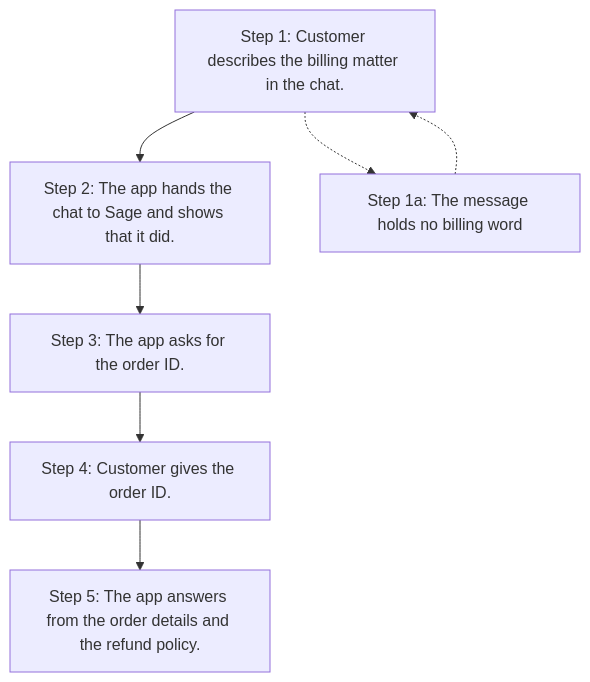
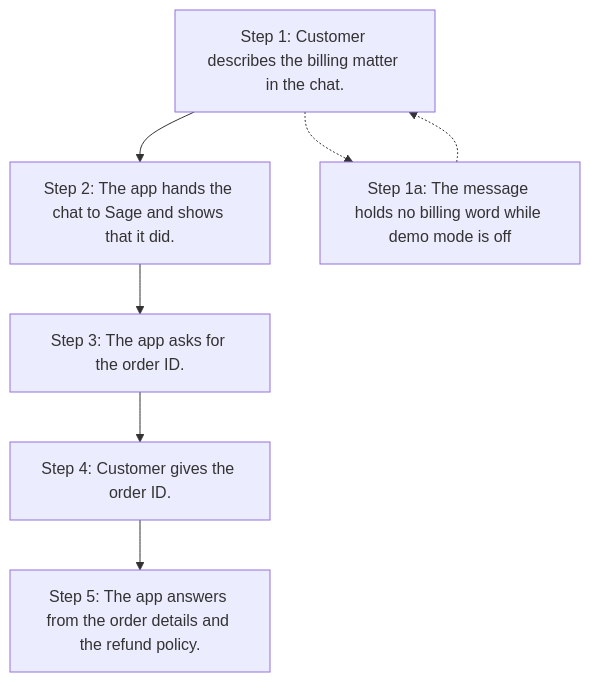
One commit to lhtshyamalshah/northstar-support-portal changed the third of 5 diagrams in zbrain-docs/requirements/user-journey.md. Above: the diagram before and after it, drawn with Mermaid. The commit also changed other lines of this file and 1 other file, not shown here.

````diff
--- a/zbrain-docs/requirements/user-journey.md
+++ b/zbrain-docs/requirements/user-journey.md
@@ -86,9 +86,9 @@
 ```mermaid
 flowchart TD
   s1["Step 1: Customer describes the billing matter in the chat."] --> s2["Step 2: The app hands the chat to Sage and shows that it did."]
   s2 --> s3["Step 3: The app asks for the order ID."]
   s3 --> s4["Step 4: Customer gives the order ID."]
   s4 --> s5["Step 5: The app answers from the order details and the refund policy."]
-  s1 -.-> x1a["Step 1a: The message holds no billing word"]
+  s1 -.-> x1a["Step 1a: The message holds no billing word while demo mode is off"]
   x1a -.-> s1
 ```
````
